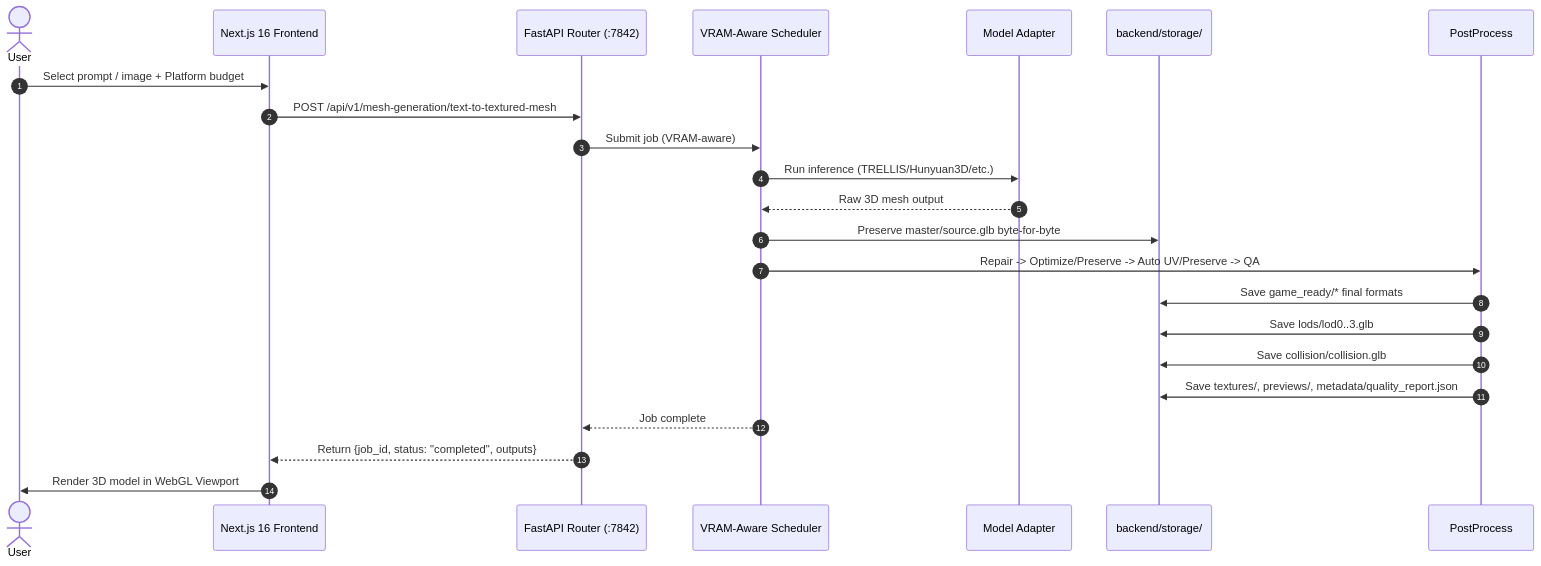
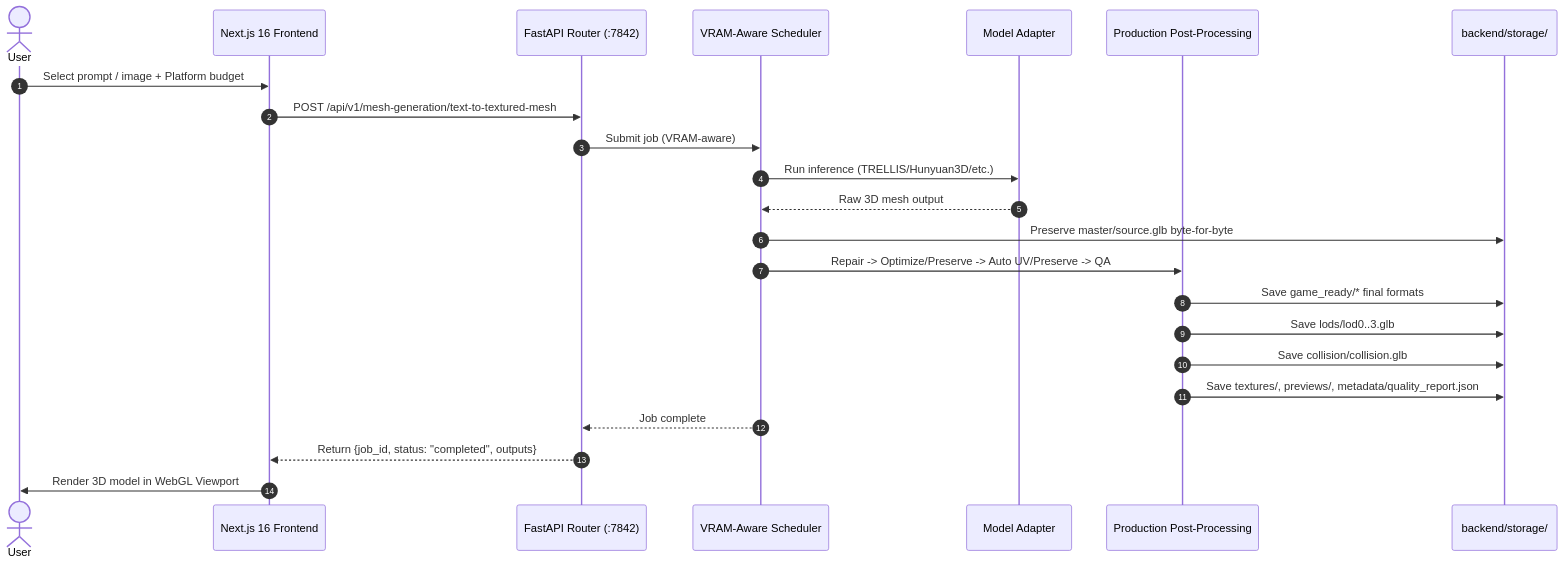
Before and after one commit to Silentzx2/ForMash3D: the second of 4 diagrams in Docs/ARCHITECTURE.md, drawn with Mermaid. The commit also changed other lines of this file and 9 other files, not shown here.

Commit message:
docs: fix remaining Mermaid rendering issue

````diff
--- a/Docs/ARCHITECTURE.md
+++ b/Docs/ARCHITECTURE.md
@@ -155,25 +155,26 @@
 ```mermaid
 sequenceDiagram
     autonumber
     actor User
     participant Frontend as Next.js 16 Frontend
     participant API as FastAPI Router (:7842)
     participant SCHED as VRAM-Aware Scheduler
     participant Adapter as Model Adapter
+    participant PostProcess as Production Post-Processing
     participant Storage as backend/storage/
 
     User->>Frontend: Select prompt / image + Platform budget
     Frontend->>API: POST /api/v1/mesh-generation/text-to-textured-mesh
     API->>SCHED: Submit job (VRAM-aware)
     SCHED->>Adapter: Run inference (TRELLIS/Hunyuan3D/etc.)
     Adapter-->>SCHED: Raw 3D mesh output
     SCHED->>Storage: Preserve master/source.glb byte-for-byte
     SCHED->>PostProcess: Repair -> Optimize/Preserve -> Auto UV/Preserve -> QA
     PostProcess->>Storage: Save game_ready/* final formats
     PostProcess->>Storage: Save lods/lod0..3.glb
     PostProcess->>Storage: Save collision/collision.glb
     PostProcess->>Storage: Save textures/, previews/, metadata/quality_report.json
     SCHED-->>API: Job complete
     API-->>Frontend: Return {job_id, status: "completed", outputs}
     Frontend->>User: Render 3D model in WebGL Viewport
 ```
````
